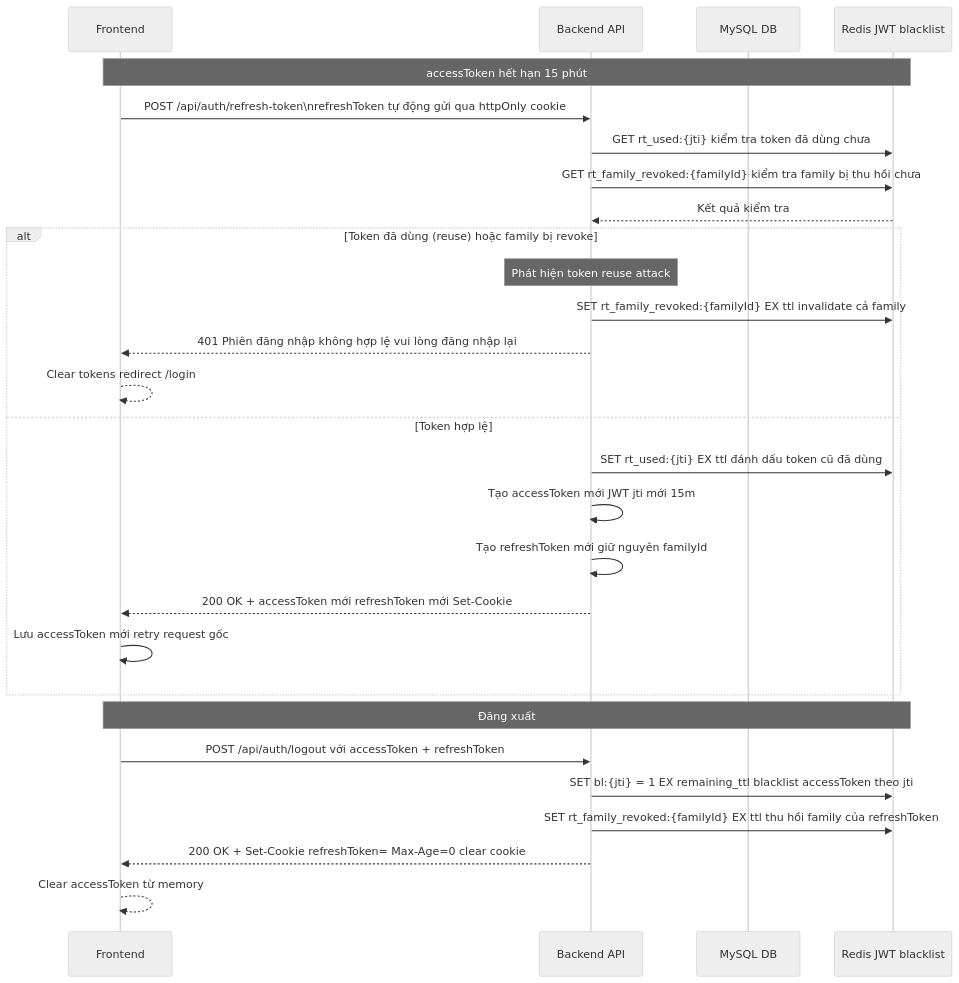
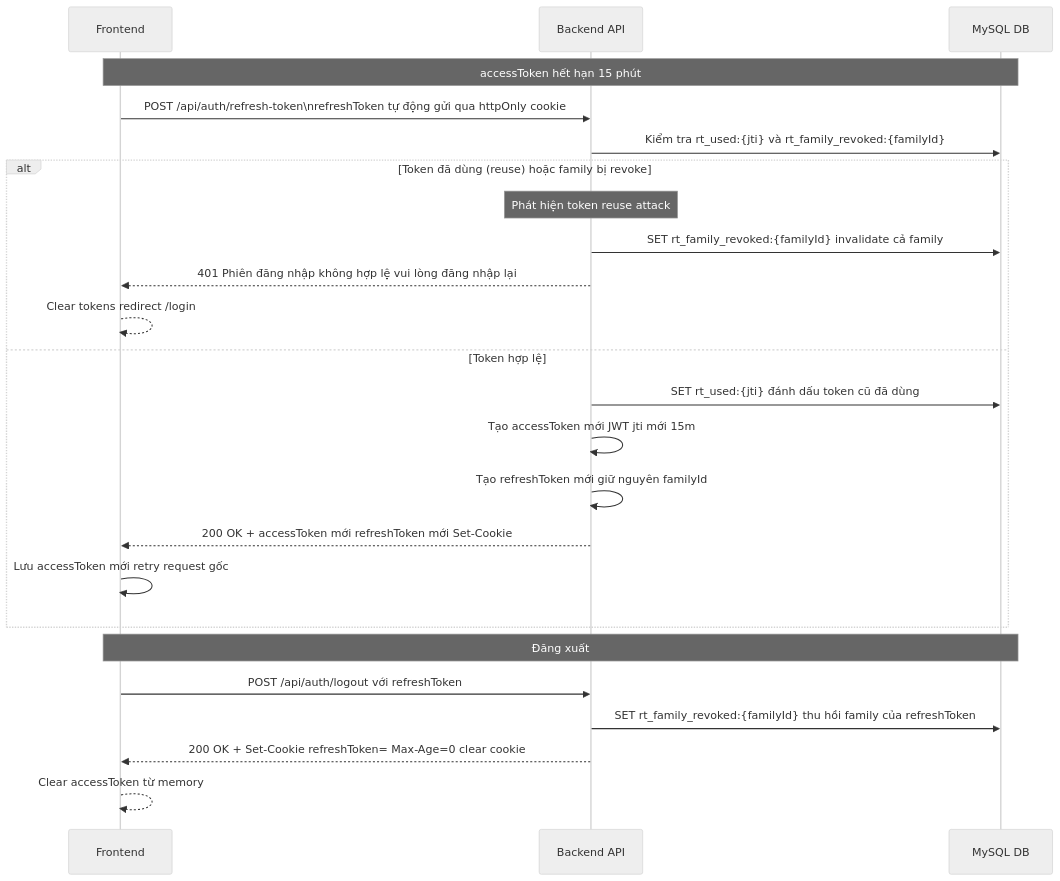
Diagram 16 of 28 in DIAGRAMS.md (MinhThang1009/E-commerce-website), drawn with Mermaid (neutral theme) before and after one commit. The commit also changed other lines of this file and 306 other files, not shown here.

````diff
--- a/DIAGRAMS.md
+++ b/DIAGRAMS.md
@@ -729,35 +718,31 @@
 ```mermaid
 sequenceDiagram
     participant FE as Frontend
     participant API as Backend API
     participant DB as MySQL DB
-    participant Redis as Redis JWT blacklist
 
-    Note over FE,Redis: accessToken hết hạn 15 phút
+    Note over FE,DB: accessToken hết hạn 15 phút
 
     FE->>API: POST /api/auth/refresh-token\nrefreshToken tự động gửi qua httpOnly cookie
-    API->>Redis: GET rt_used:{jti} kiểm tra token đã dùng chưa
-    API->>Redis: GET rt_family_revoked:{familyId} kiểm tra family bị thu hồi chưa
-    Redis-->>API: Kết quả kiểm tra
+    API->>DB: Kiểm tra rt_used:{jti} và rt_family_revoked:{familyId}
 
     alt Token đã dùng (reuse) hoặc family bị revoke
         Note over API: Phát hiện token reuse attack
-        API->>Redis: SET rt_family_revoked:{familyId} EX ttl invalidate cả family
+        API->>DB: SET rt_family_revoked:{familyId} invalidate cả family
         API-->>FE: 401 Phiên đăng nhập không hợp lệ vui lòng đăng nhập lại
         FE-->>FE: Clear tokens redirect /login
     else Token hợp lệ
-        API->>Redis: SET rt_used:{jti} EX ttl đánh dấu token cũ đã dùng
+        API->>DB: SET rt_used:{jti} đánh dấu token cũ đã dùng
         API->>API: Tạo accessToken mới JWT jti mới 15m
         API->>API: Tạo refreshToken mới giữ nguyên familyId
         API-->>FE: 200 OK + accessToken mới refreshToken mới Set-Cookie
         FE->>FE: Lưu accessToken mới retry request gốc
     end
 
-    Note over FE,Redis: Đăng xuất
+    Note over FE,DB: Đăng xuất
 
-    FE->>API: POST /api/auth/logout với accessToken + refreshToken
-    API->>Redis: SET bl:{jti} = 1 EX remaining_ttl blacklist accessToken theo jti
-    API->>Redis: SET rt_family_revoked:{familyId} EX ttl thu hồi family của refreshToken
+    FE->>API: POST /api/auth/logout với refreshToken
+    API->>DB: SET rt_family_revoked:{familyId} thu hồi family của refreshToken
     API-->>FE: 200 OK + Set-Cookie refreshToken= Max-Age=0 clear cookie
     FE-->>FE: Clear accessToken từ memory
 ```
````
